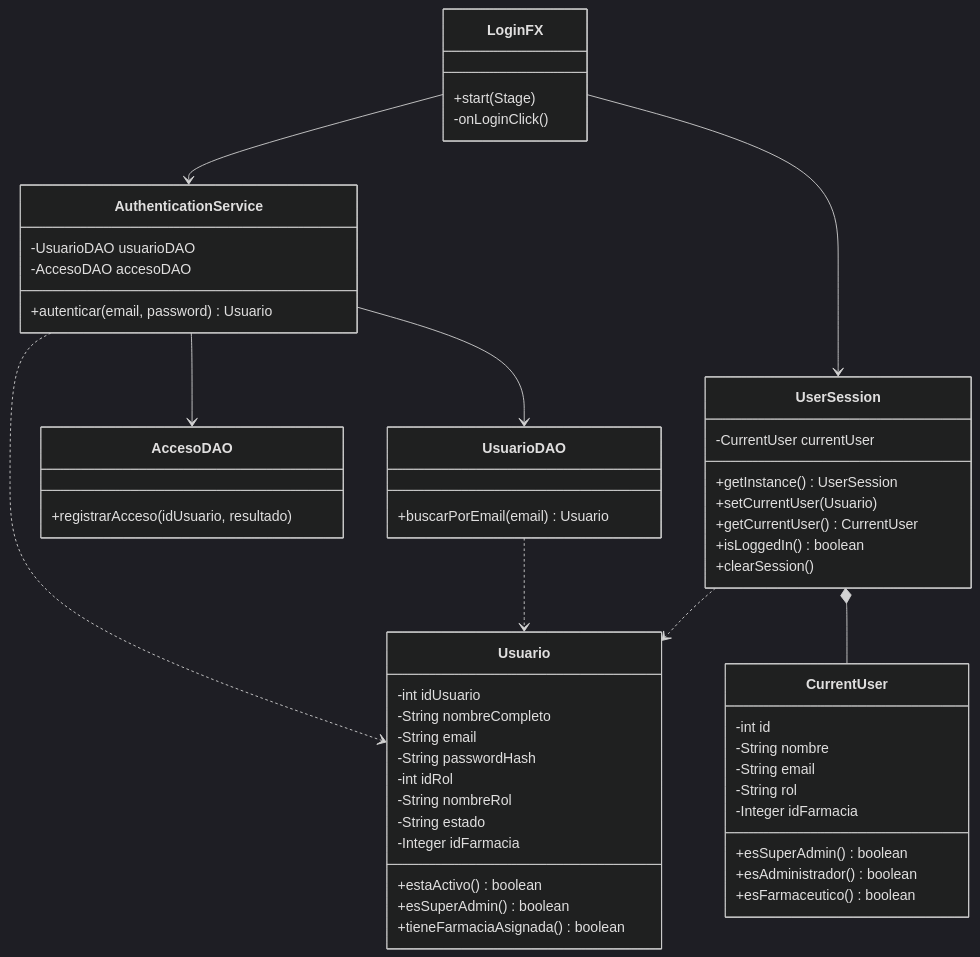
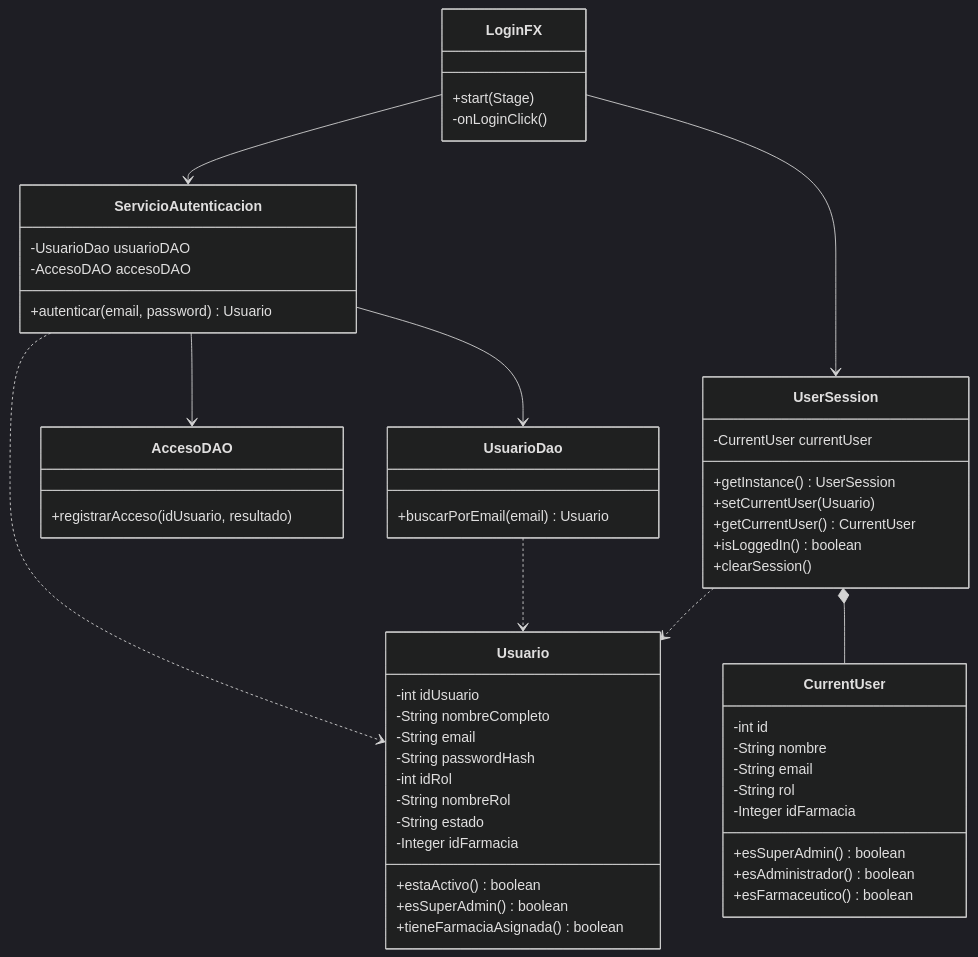
One commit to puj-course/FIS_2630_1204_G1 changed the diagram in docs/diagramas/HU 51/diagrama_clases_hu51_v2.md. Above: the diagram before and after it, drawn with Mermaid (dark theme). The commit also changed 121 other files, not shown here.

````diff
--- a/docs/diagramas/HU 51/diagrama_clases_hu51_v2.md
+++ b/docs/diagramas/HU 51/diagrama_clases_hu51_v2.md
@@ -3,57 +3,57 @@
 ```mermaid
 classDiagram
     class LoginFX {
       +start(Stage)
       -onLoginClick()
     }
-    class AuthenticationService {
-      -UsuarioDAO usuarioDAO
+    class ServicioAutenticacion {
+      -UsuarioDao usuarioDAO
       -AccesoDAO accesoDAO
       +autenticar(email, password) Usuario
     }
-    class UsuarioDAO {
+    class UsuarioDao {
       +buscarPorEmail(email) Usuario
     }
     class AccesoDAO {
       +registrarAcceso(idUsuario, resultado)
     }
     class Usuario {
       -int idUsuario
       -String nombreCompleto
       -String email
       -String passwordHash
       -int idRol
       -String nombreRol
       -String estado
       -Integer idFarmacia
       +estaActivo() boolean
       +esSuperAdmin() boolean
       +tieneFarmaciaAsignada() boolean
     }
     class UserSession {
       -CurrentUser currentUser
       +getInstance() UserSession
       +setCurrentUser(Usuario)
       +getCurrentUser() CurrentUser
       +isLoggedIn() boolean
       +clearSession()
     }
     class CurrentUser {
       -int id
       -String nombre
       -String email
       -String rol
       -Integer idFarmacia
       +esSuperAdmin() boolean
       +esAdministrador() boolean
       +esFarmaceutico() boolean
     }
-    LoginFX --> AuthenticationService
+    LoginFX --> ServicioAutenticacion
     LoginFX --> UserSession
-    AuthenticationService --> UsuarioDAO
-    AuthenticationService --> AccesoDAO
-    AuthenticationService ..> Usuario
-    UsuarioDAO ..> Usuario
+    ServicioAutenticacion --> UsuarioDao
+    ServicioAutenticacion --> AccesoDAO
+    ServicioAutenticacion ..> Usuario
+    UsuarioDao ..> Usuario
     UserSession *-- CurrentUser
     UserSession ..> Usuario
 ```
````
